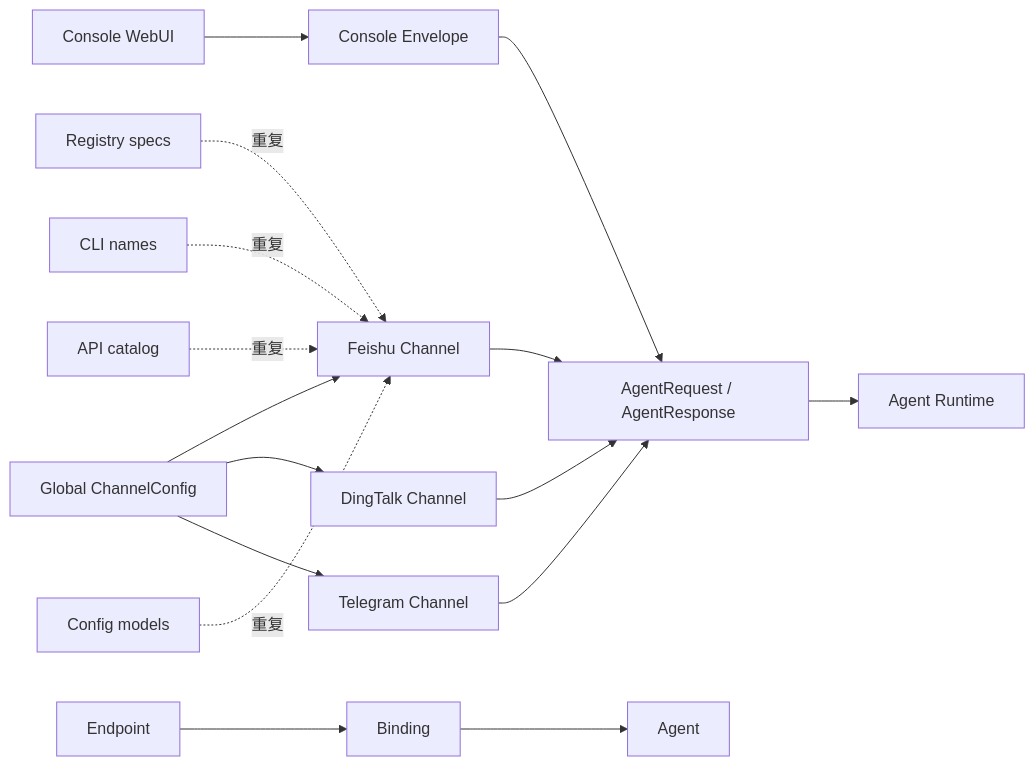
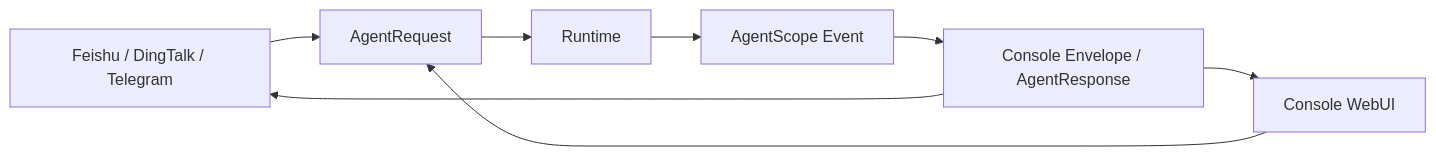
The first of 5 diagrams in docs/design/channel-agent-runtime-v5.md (zhijianma/CoPaw), drawn with Mermaid before and after one commit. The commit also changed other lines of this file and 80 other files, not shown here.

Commit message:
refactor: remove legacy channel runtime bridges

````diff
--- a/docs/design/channel-agent-runtime-v5.md
+++ b/docs/design/channel-agent-runtime-v5.md
@@ -12,20 +12,10 @@
 ```mermaid
 flowchart LR
-    UI[Console WebUI] --> E[Console Envelope]
-    E --> AR[AgentRequest / AgentResponse]
-    C1[Feishu Channel] --> AR
-    C2[DingTalk Channel] --> AR
-    C3[Telegram Channel] --> AR
-    AR --> R[Agent Runtime]
-
-    G[Global ChannelConfig] --> C1
-    G --> C2
-    G --> C3
-    EP[Endpoint] --> B[Binding]
-    B --> A[Agent]
-
-    S1[Registry specs] -.重复.-> C1
-    S2[CLI names] -.重复.-> C1
-    S3[API catalog] -.重复.-> C1
-    S4[Config models] -.重复.-> C1
+    F[Feishu / DingTalk / Telegram] --> AR[AgentRequest]
+    UI[Console WebUI] --> AR
+    AR --> R[Runtime]
+    R --> AS[AgentScope Event]
+    AS --> E[Console Envelope / AgentResponse]
+    E --> UI
+    E --> F
 ```
````
